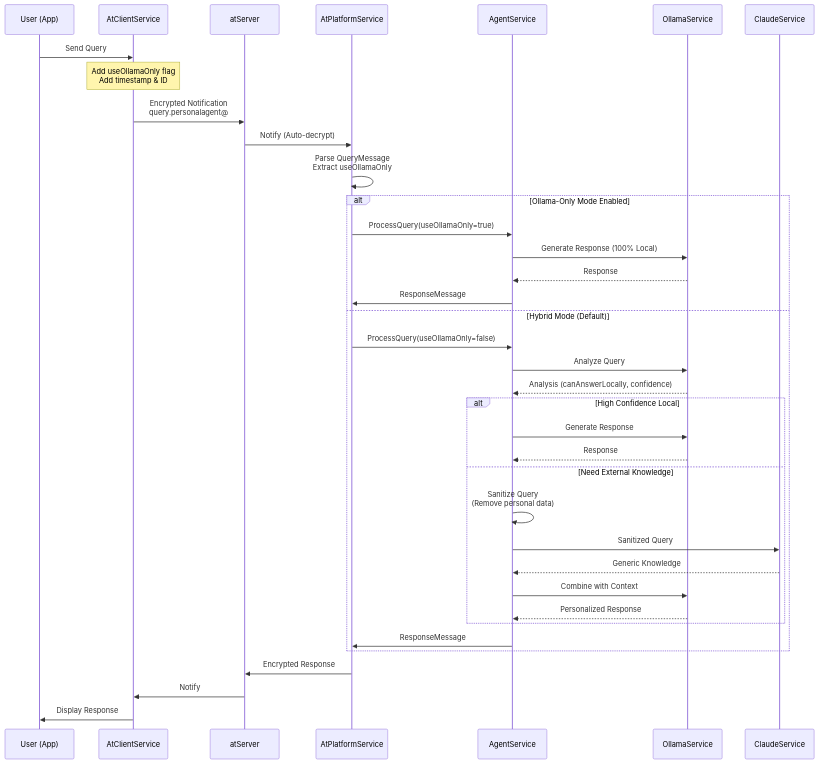
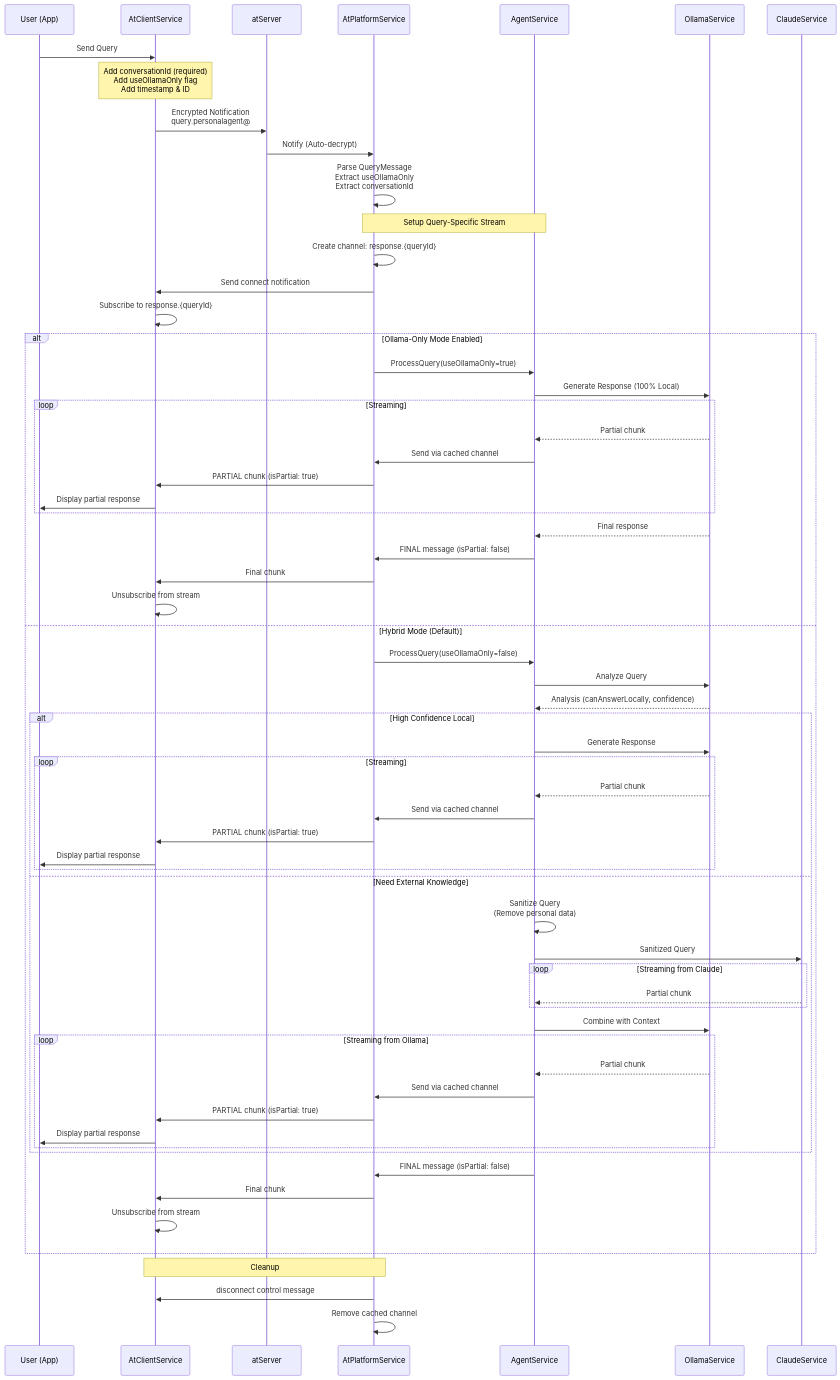
Before and after one commit to cconstab/personalagent: the fourth of 21 diagrams in ARCHITECTURE.md, drawn with Mermaid. The commit also changed other lines of this file and 2 other files, not shown here.

Commit message:
feat: updated documentation to streaming

````diff
--- a/ARCHITECTURE.md
+++ b/ARCHITECTURE.md
@@ -152,43 +153,70 @@
 ```mermaid
 sequenceDiagram
     participant U as User (App)
     participant AC as AtClientService
     participant AS as atServer
     participant AP as AtPlatformService
     participant AG as AgentService
     participant OL as OllamaService
     participant CL as ClaudeService
 
     U->>AC: Send Query
-    Note over AC: Add useOllamaOnly flag<br/>Add timestamp & ID
+    Note over AC: Add conversationId (required)<br/>Add useOllamaOnly flag<br/>Add timestamp & ID
     AC->>AS: Encrypted Notification<br/>query.personalagent@
     AS->>AP: Notify (Auto-decrypt)
-    AP->>AP: Parse QueryMessage<br/>Extract useOllamaOnly
+    AP->>AP: Parse QueryMessage<br/>Extract useOllamaOnly<br/>Extract conversationId
+    
+    Note over AP,AG: Setup Query-Specific Stream
+    AP->>AP: Create channel: response.{queryId}
+    AP->>AC: Send connect notification
+    AC->>AC: Subscribe to response.{queryId}
     
     alt Ollama-Only Mode Enabled
         AP->>AG: ProcessQuery(useOllamaOnly=true)
         AG->>OL: Generate Response (100% Local)
-        OL-->>AG: Response
-        AG->>AP: ResponseMessage
+        loop Streaming
+            OL-->>AG: Partial chunk
+            AG->>AP: Send via cached channel
+            AP->>AC: PARTIAL chunk (isPartial: true)
+            AC->>U: Display partial response
+        end
+        OL-->>AG: Final response
+        AG->>AP: FINAL message (isPartial: false)
+        AP->>AC: Final chunk
+        AC->>AC: Unsubscribe from stream
     else Hybrid Mode (Default)
         AP->>AG: ProcessQuery(useOllamaOnly=false)
         AG->>OL: Analyze Query
         OL-->>AG: Analysis (canAnswerLocally, confidence)
         
         alt High Confidence Local
             AG->>OL: Generate Response
-            OL-->>AG: Response
+            loop Streaming
+                OL-->>AG: Partial chunk
+                AG->>AP: Send via cached channel
+                AP->>AC: PARTIAL chunk (isPartial: true)
+                AC->>U: Display partial response
+            end
         else Need External Knowledge
             AG->>AG: Sanitize Query<br/>(Remove personal data)
             AG->>CL: Sanitized Query
-            CL-->>AG: Generic Knowledge
+            loop Streaming from Claude
+                CL-->>AG: Partial chunk
+            end
             AG->>OL: Combine with Context
-            OL-->>AG: Personalized Response
+            loop Streaming from Ollama
+                OL-->>AG: Partial chunk
+                AG->>AP: Send via cached channel
+                AP->>AC: PARTIAL chunk (isPartial: true)
+                AC->>U: Display partial response
+            end
         end
-        AG->>AP: ResponseMessage
+        AG->>AP: FINAL message (isPartial: false)
+        AP->>AC: Final chunk
+        AC->>AC: Unsubscribe from stream
     end
     
-    AP->>AS: Encrypted Response
-    AS->>AC: Notify
-    AC->>U: Display Response
+    Note over AP,AC: Cleanup
+    AP->>AC: disconnect control message
+    AP->>AP: Remove cached channel
 ```
````
